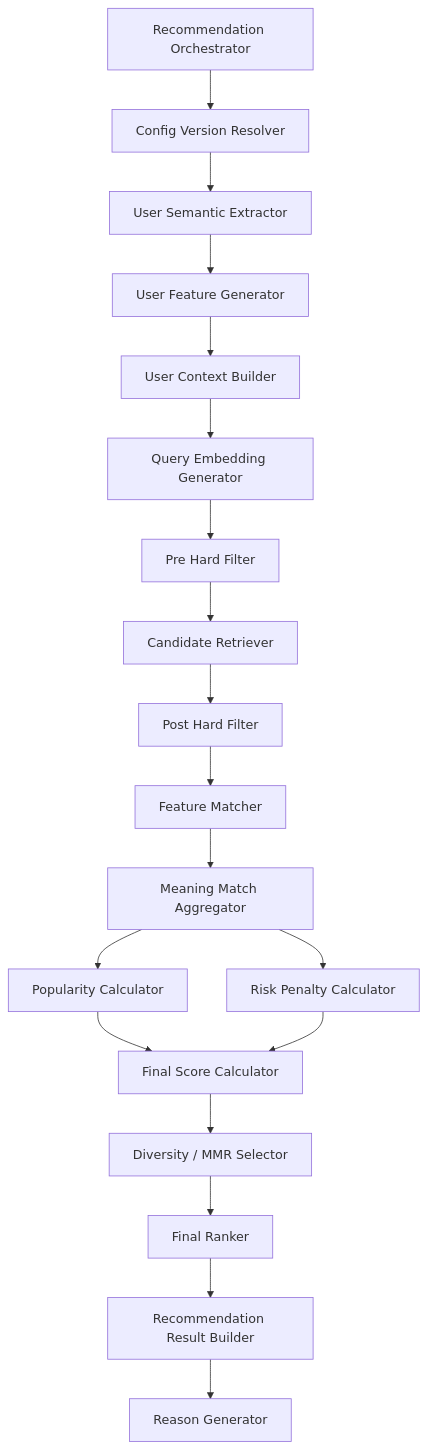
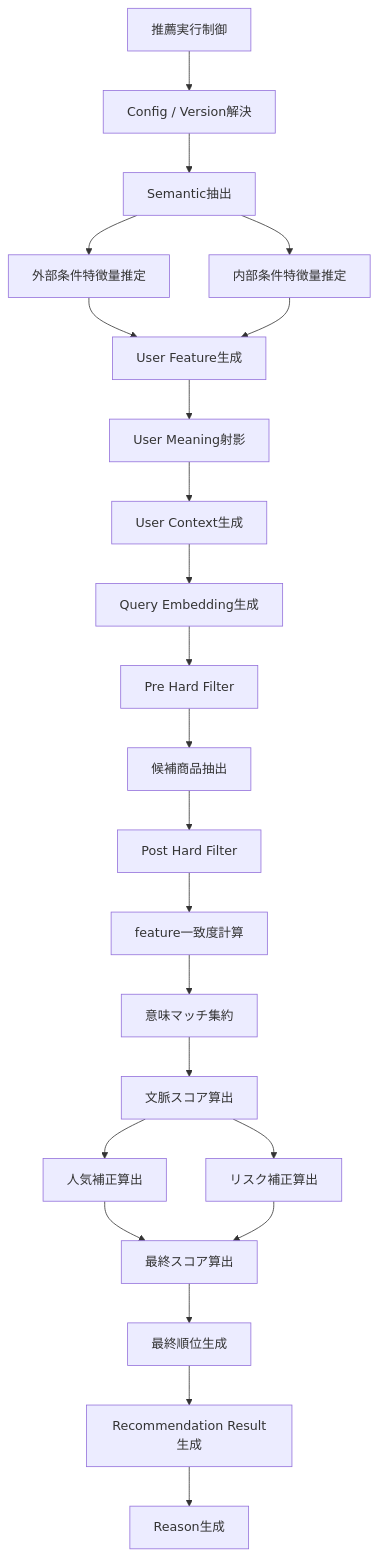
Before and after one commit to ryo-chan-k6/GiftRecommendAPP_MVP_CYCLE_3: the third of 7 diagrams in docs/05_アプリケーション設計/アプリ/モジュール一覧.md, drawn with Mermaid. The commit also changed other lines of this file, not shown here.

````diff
--- a/docs/05_アプリケーション設計/アプリ/モジュール一覧.md
+++ b/docs/05_アプリケーション設計/アプリ/モジュール一覧.md
@@ -498,21 +291,25 @@
 ```mermaid
 flowchart TD
-    A[Recommendation Orchestrator] --> B[Config Version Resolver]
-    B --> C[User Semantic Extractor]
-    C --> D[User Feature Generator]
-    D --> E[User Context Builder]
-    E --> F[Query Embedding Generator]
-    F --> G[Pre Hard Filter]
-    G --> H[Candidate Retriever]
-    H --> I[Post Hard Filter]
-    I --> J[Feature Matcher]
-    J --> K[Meaning Match Aggregator]
-    K --> L[Popularity Calculator]
-    K --> M[Risk Penalty Calculator]
-    L --> N[Final Score Calculator]
-    M --> N
-    N --> O[Diversity / MMR Selector]
-    O --> P[Final Ranker]
-    P --> Q[Recommendation Result Builder]
-    Q --> R[Reason Generator]
+    A[推薦実行制御] --> B[Config / Version解決]
+    B --> C[Semantic抽出]
+    C --> D[外部条件特徴量推定]
+    C --> E[内部条件特徴量推定]
+    D --> F[User Feature生成]
+    E --> F
+    F --> G[User Meaning射影]
+    G --> H[User Context生成]
+    H --> I[Query Embedding生成]
+    I --> J[Pre Hard Filter]
+    J --> K[候補商品抽出]
+    K --> L[Post Hard Filter]
+    L --> M[feature一致度計算]
+    M --> N[意味マッチ集約]
+    N --> O[文脈スコア算出]
+    O --> P[人気補正算出]
+    O --> Q[リスク補正算出]
+    P --> R[最終スコア算出]
+    Q --> R
+    R --> S[最終順位生成]
+    S --> T[Recommendation Result生成]
+    T --> U[Reason生成]
 ```
````
